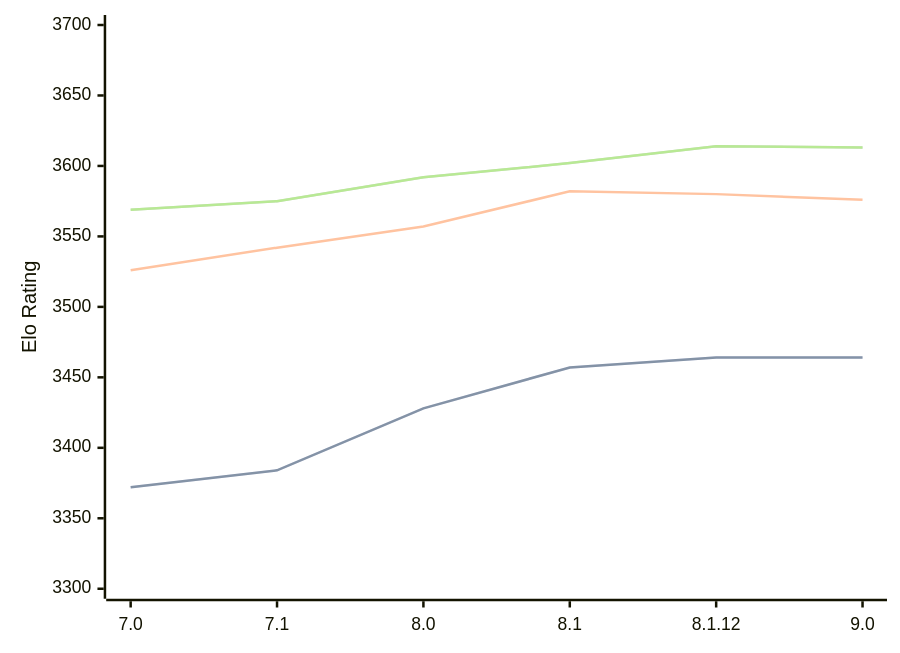
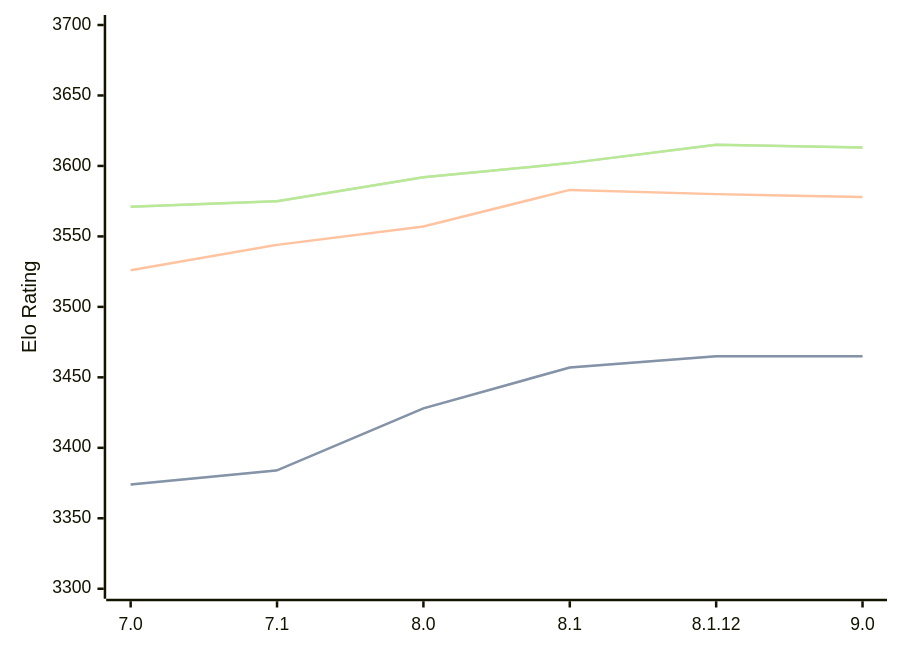
The diagram in engines/Alexandria.md (computer-chess-index/cci), drawn with Mermaid before and after one commit. The commit also changed other lines of this file, not shown here.

Commit message:
Update CCI Ratings (ELO VLTC) - 2026-04-19

````diff
--- a/engines/Alexandria.md
+++ b/engines/Alexandria.md
@@ -55,11 +55,11 @@
 ```mermaid
 %%{init: {"theme":"base","themeVariables":{"seriesColors:['#a3a3a3','#222221','#faa371']}}}%%
 xychart-beta
   x-axis ["7.0", "7.1", "8.0", "8.1", "8.1.12", "9.0"]
   y-axis "Elo Rating" 3300 --> 3700
-  line "STC (8.0+0.08s)" [3372, 3384, 3428, 3457, 3464, 3464]
-  line "STC (8.0+0.08s)" [3372, 3384, 3428, 3457, 3464, 3464]
-  line "LTC (60.0+0.60s)" [3526, 3542, 3557, 3582, 3580, 3576]
-  line "VLTC (2m24s+1.12s)" [3569, 3575, 3592, 3602, 3614, 3613]
-  line "VLTC (2m24s+1.12s)" [3569, 3575, 3592, 3602, 3614, 3613]
+  line "STC (8.0+0.08s)" [3374, 3384, 3428, 3457, 3465, 3465]
+  line "STC (8.0+0.08s)" [3374, 3384, 3428, 3457, 3465, 3465]
+  line "LTC (60.0+0.60s)" [3526, 3544, 3557, 3583, 3580, 3578]
+  line "VLTC (2m24s+1.12s)" [3571, 3575, 3592, 3602, 3615, 3613]
+  line "VLTC (2m24s+1.12s)" [3571, 3575, 3592, 3602, 3615, 3613]
 ```
````
